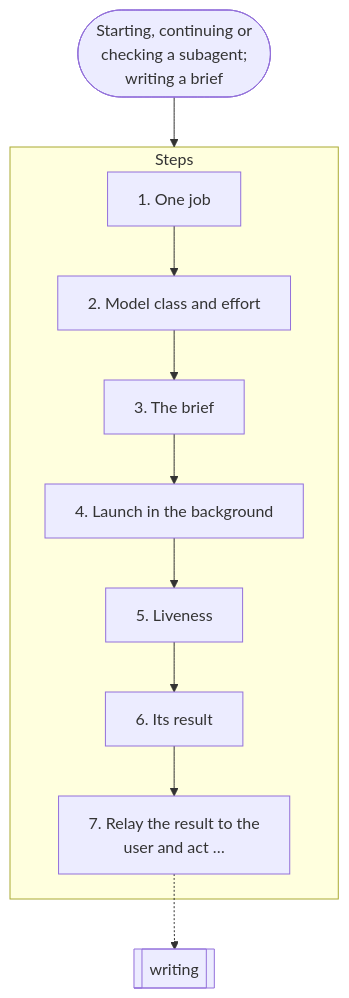
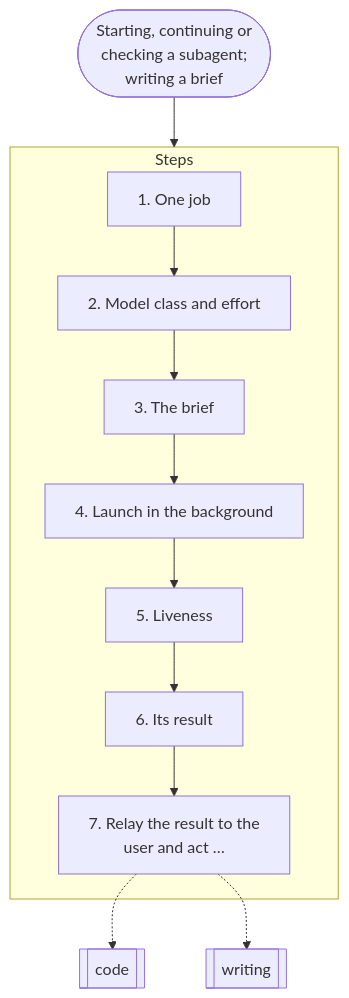
Before and after one commit to nitedani-agent/mergeworthy: the eighth of 19 diagrams in docs/graphs.md, drawn with Mermaid. The commit also changed other lines of this file and 3 other files, not shown here.

````diff
--- a/docs/graphs.md
+++ b/docs/graphs.md
@@ -208,21 +208,22 @@
 ```mermaid
 flowchart TB
   start(["Starting, continuing or<br/>checking a subagent;<br/>writing a brief"])
   subgraph g0["Steps"]
     s0["1. One job"]
     s1["2. Model class and effort"]
     s0 --> s1
     s2["3. The brief"]
     s1 --> s2
     s3["4. Launch in the background"]
     s2 --> s3
     s4["5. Liveness"]
     s3 --> s4
     s5["6. Its result"]
     s4 --> s5
     s6["7. Relay the result to the<br/>user and act …"]
     s5 --> s6
   end
-  s6 -.-> r1[["writing"]]
+  s6 -.-> r1[["code"]]
+  s6 -.-> r2[["writing"]]
   start --> g0
 ```
````
